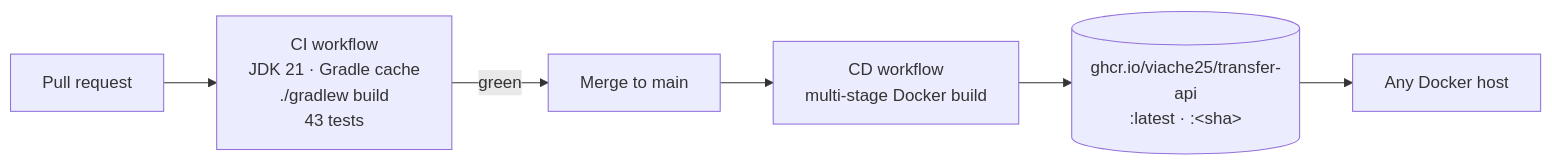
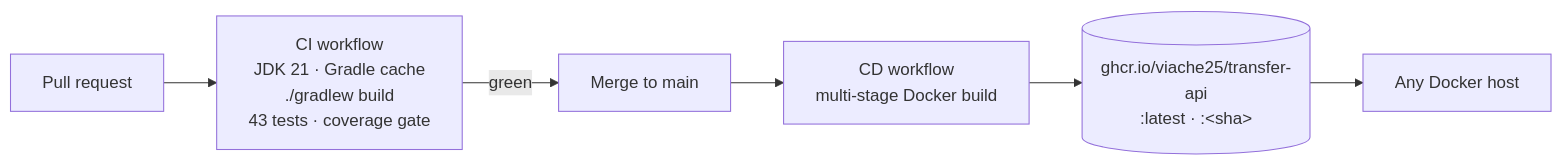
Before and after one commit to viache25/transfer-api: the third of 3 diagrams in README.md, drawn with Mermaid. The commit also changed other lines of this file and 3 other files, not shown here.

First line of the commit message:
ci: turn CI into a quality gate with JaCoCo coverage floor (#12)

````diff
--- a/README.md
+++ b/README.md
@@ -317,8 +326,8 @@
 ```mermaid
 flowchart LR
-    PR[Pull request] --> CI["CI workflow<br/>JDK 21 · Gradle cache<br/>./gradlew build<br/>43 tests"]
+    PR[Pull request] --> CI["CI workflow<br/>JDK 21 · Gradle cache<br/>./gradlew build<br/>43 tests · coverage gate"]
     CI -->|green| M[Merge to main]
     M --> CD["CD workflow<br/>multi-stage Docker build"]
     CD --> R[("ghcr.io/viache25/transfer-api<br/>:latest · :&lt;sha&gt;")]
     R --> S[Any Docker host]
 ```
````
